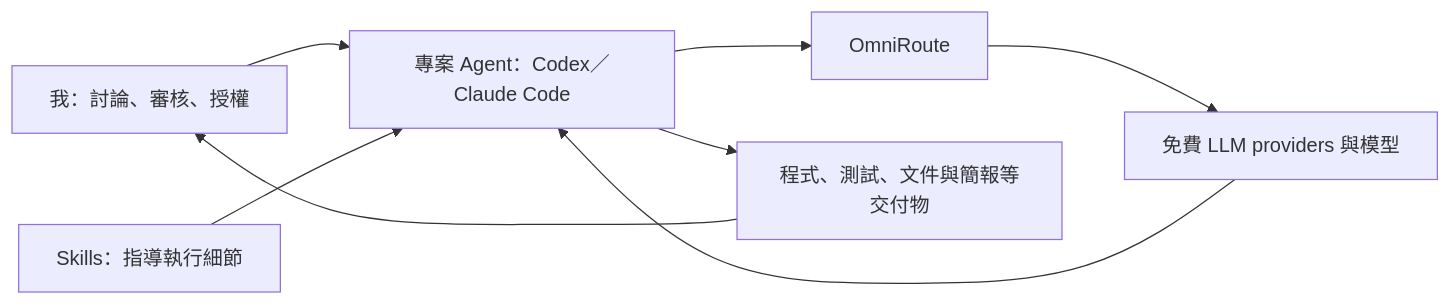
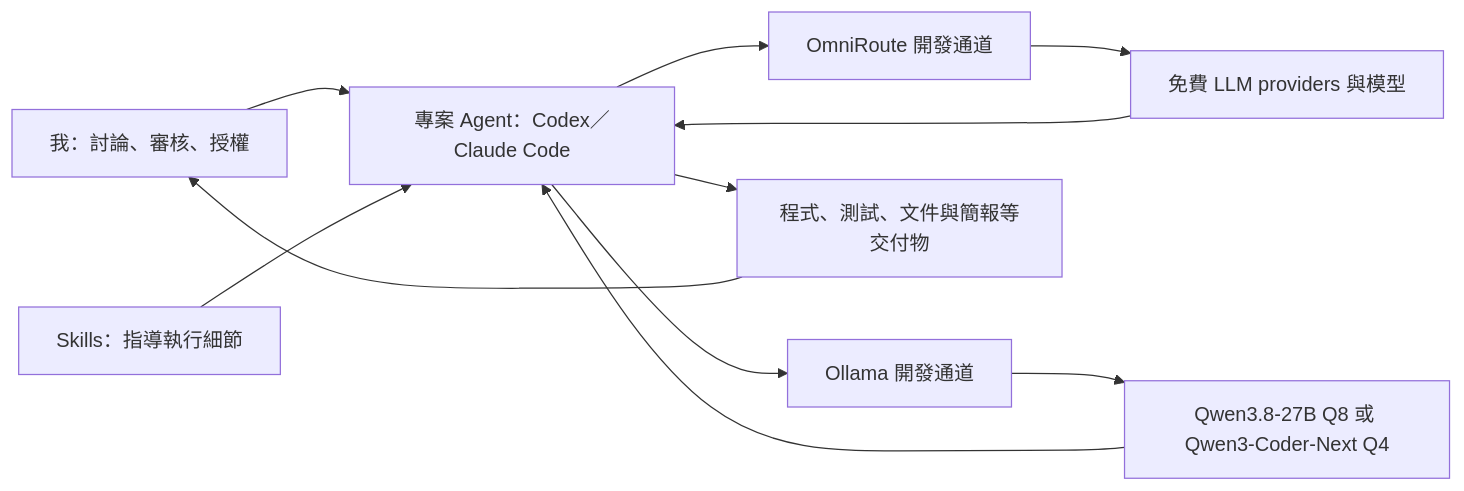
One commit to alanhsu0531/-Pegatron-Smart-Factory-Alert-Agent changed the diagram in docs/ai-tool-usage.md. Above: the diagram before and after it, drawn with Mermaid. The commit also changed other lines of this file and 6 other files, not shown here.

````diff
--- a/docs/ai-tool-usage.md
+++ b/docs/ai-tool-usage.md
@@ -18,10 +18,13 @@
 ```mermaid
 flowchart LR
     U[我：討論、審核、授權] --> A[專案 Agent：Codex／Claude Code]
     S[Skills：指導執行細節] --> A
-    A --> G[OmniRoute]
+    A --> G[OmniRoute 開發通道]
     G --> M[免費 LLM providers 與模型]
     M --> A
+    A --> O[Ollama 開發通道]
+    O --> Q[Qwen3.8-27B Q8 或 Qwen3-Coder-Next Q4]
+    Q --> A
     A --> D[程式、測試、文件與簡報等交付物]
     D --> U
 ```
````
